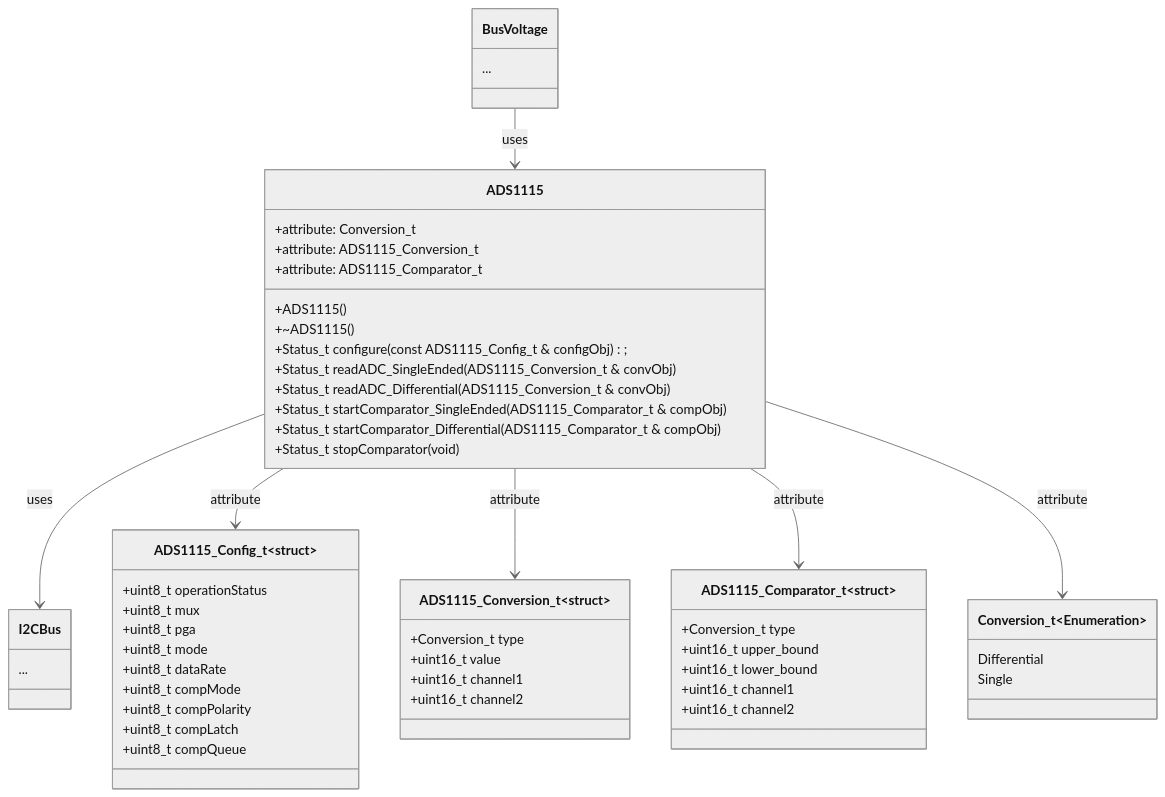
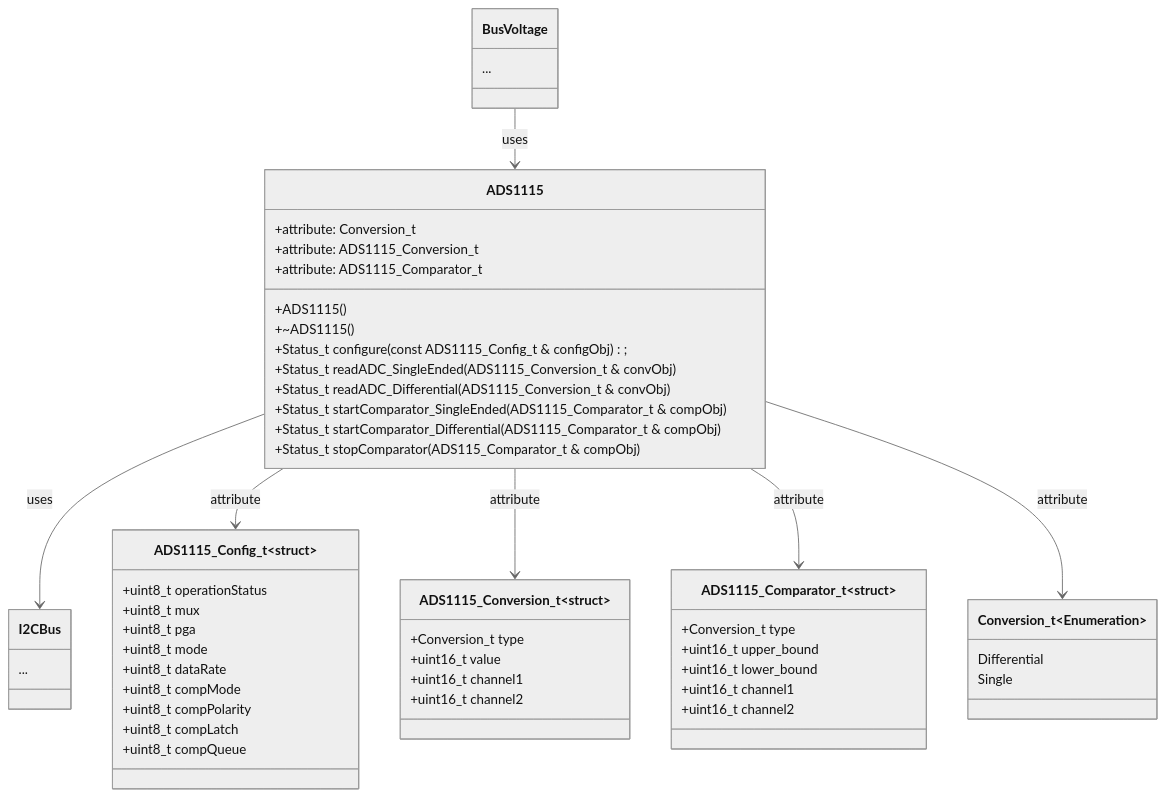
The fifth of 6 diagrams in solar_meter/Documents/AppNotes/PowerMonitor.md (hquiroz-1988/esp), drawn with Mermaid (neutral theme) before and after one commit. The commit also changed other lines of this file, not shown here.

````diff
--- a/solar_meter/Documents/AppNotes/PowerMonitor.md
+++ b/solar_meter/Documents/AppNotes/PowerMonitor.md
@@ -194,56 +193,56 @@
 ```mermaid
 classDiagram
     class BusVoltage {
         ...
     }
     class ADS1115 {
         +ADS1115()
         +~ADS1115()
         +Status_t configure(const ADS1115_Config_t & configObj);
         +Status_t readADC_SingleEnded(ADS1115_Conversion_t & convObj)
         +Status_t readADC_Differential(ADS1115_Conversion_t & convObj)
         +Status_t startComparator_SingleEnded(ADS1115_Comparator_t & compObj)
         +Status_t startComparator_Differential(ADS1115_Comparator_t & compObj)
-        +Status_t stopComparator(void)
+        +Status_t stopComparator(ADS115_Comparator_t & compObj)
         +attribute: Conversion_t
         +attribute: ADS1115_Conversion_t 
         +attribute: ADS1115_Comparator_t
     }
     class I2CBus {
         ...
     }
     class ADS1115_Config_t~struct~{
         +uint8_t operationStatus 
         +uint8_t mux         
         +uint8_t pga         
         +uint8_t mode        
         +uint8_t dataRate    
         +uint8_t compMode    
         +uint8_t compPolarity
         +uint8_t compLatch   
         +uint8_t compQueue
     }
     class ADS1115_Conversion_t~struct~{
         +Conversion_t type
         +uint16_t value
         +uint16_t channel1
         +uint16_t channel2
     }
     class ADS1115_Comparator_t~struct~{
         +Conversion_t type
         +uint16_t upper_bound
         +uint16_t lower_bound
         +uint16_t channel1
         +uint16_t channel2
     }
     class Conversion_t~Enumeration~{
         Differential
         Single
     }
     BusVoltage --> ADS1115 : uses
     ADS1115 --> I2CBus : uses
     ADS1115 --> ADS1115_Config_t : attribute
     ADS1115 --> ADS1115_Conversion_t : attribute
     ADS1115 --> ADS1115_Comparator_t : attribute
     ADS1115 --> Conversion_t : attribute
 ```
````
